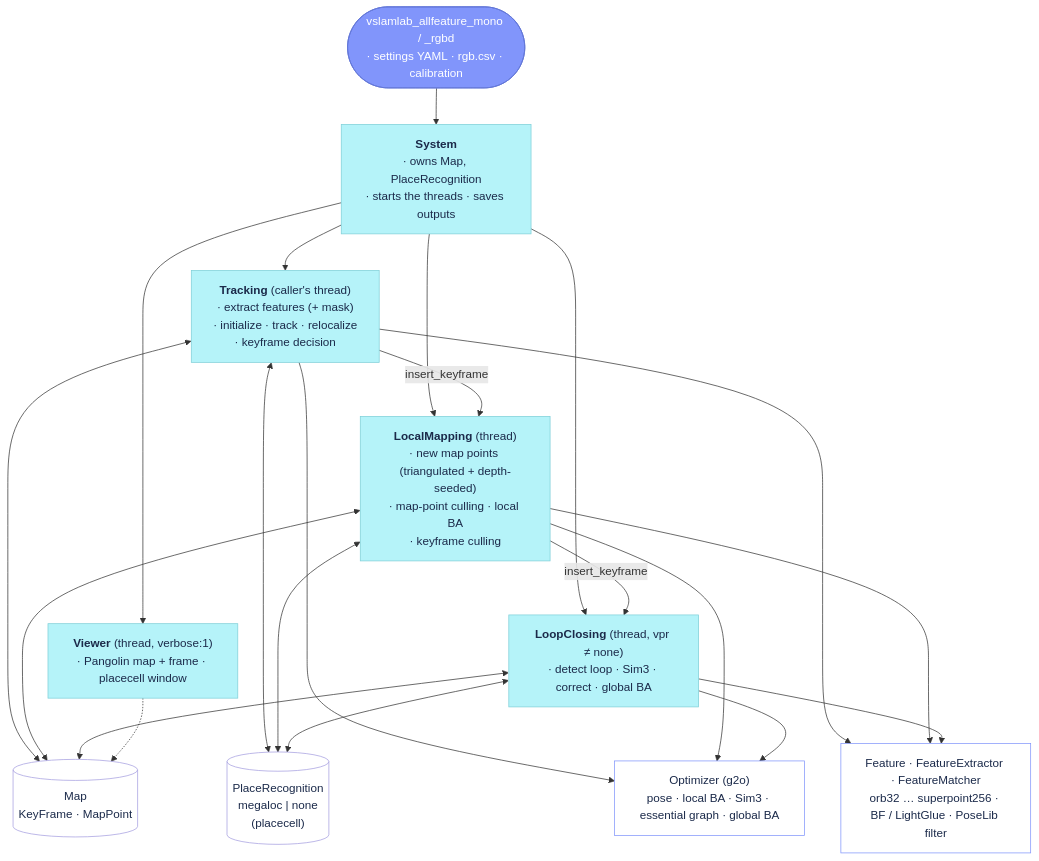
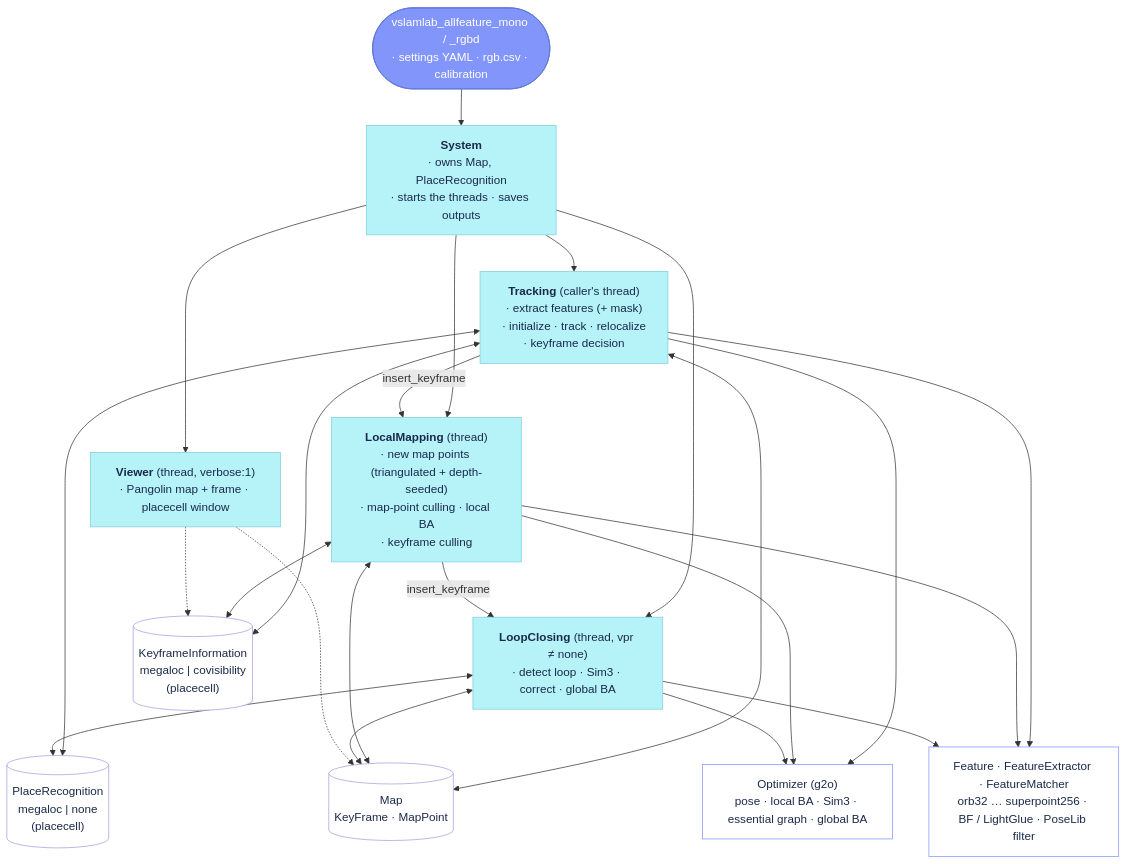
One commit to alejandrofontan/AllFeature-VSLAM changed the diagram in allfeature.md. Above: the diagram before and after it, drawn with Mermaid. The commit also changed other lines of this file and 27 other files, not shown here.

````diff
--- a/allfeature.md
+++ b/allfeature.md
@@ -11,41 +11,44 @@
 ```mermaid
 flowchart TD
     CLI(["vslamlab_allfeature_mono / _rgbd<br/>· settings YAML · rgb.csv · calibration"]) --> SYS["<b>System</b><br/>· owns Map, PlaceRecognition<br/>· starts the threads · saves outputs"]
     SYS --> TRK["<b>Tracking</b> (caller's thread)<br/>· extract features (+ mask)<br/>· initialize · track · relocalize<br/>· keyframe decision"]
     SYS --> LM["<b>LocalMapping</b> (thread)<br/>· new map points (triangulated + depth-seeded)<br/>· map-point culling · local BA<br/>· keyframe culling"]
     SYS --> LC["<b>LoopClosing</b> (thread, vpr ≠ none)<br/>· detect loop · Sim3 · correct · global BA"]
     SYS --> VW["<b>Viewer</b> (thread, verbose:1)<br/>· Pangolin map + frame · placecell window"]
     TRK -- "insert_keyframe" --> LM
     LM -- "insert_keyframe" --> LC
     TRK <--> MAP[("Map<br/>KeyFrame · MapPoint")]
     LM <--> MAP
     LC <--> MAP
     VW -.-> MAP
     TRK <--> VPR[("PlaceRecognition<br/>megaloc | none<br/>(placecell)")]
-    LM <--> VPR
     LC <--> VPR
+    TRK <--> KI[("KeyframeInformation<br/>megaloc | covisibility<br/>(placecell)")]
+    LM <--> KI
+    VW -.-> KI
     TRK --> OPT["Optimizer (g2o)<br/>pose · local BA · Sim3 · essential graph · global BA"]
     LM --> OPT
     LC --> OPT
     TRK --> FM["Feature · FeatureExtractor · FeatureMatcher<br/>orb32 … superpoint256 · BF / LightGlue · PoseLib filter"]
     LM --> FM
     LC --> FM
 
     click SYS "docs/reference/System.md"
     click TRK "docs/reference/Tracking.md"
     click LM "docs/reference/LocalMapping.md"
     click LC "docs/reference/LoopClosing.md"
     click VW "docs/reference/Viewer.md"
+    click KI "docs/reference/KeyframeInformation.md"
 
     %% VSLAM-LAB logo squares: cyan #b5f3f9, periwinkle #8195fb, lavender #a59ddf
     classDef entry fill:#8195fb,stroke:#5f74d6,color:#fff
     classDef step fill:#b5f3f9,stroke:#7fcfd8,color:#1b2a4a
     classDef check fill:#a59ddf,stroke:#7e75c4,color:#1b2a4a
     classDef cmd fill:#fff,stroke:#8195fb,color:#1b2a4a
     classDef store fill:#fff,stroke:#a59ddf,color:#1b2a4a
 
     class CLI entry
     class SYS,TRK,LM,LC,VW step
     class OPT,FM cmd
-    class MAP,VPR store
+    class MAP,VPR,KI store
 ```
````
